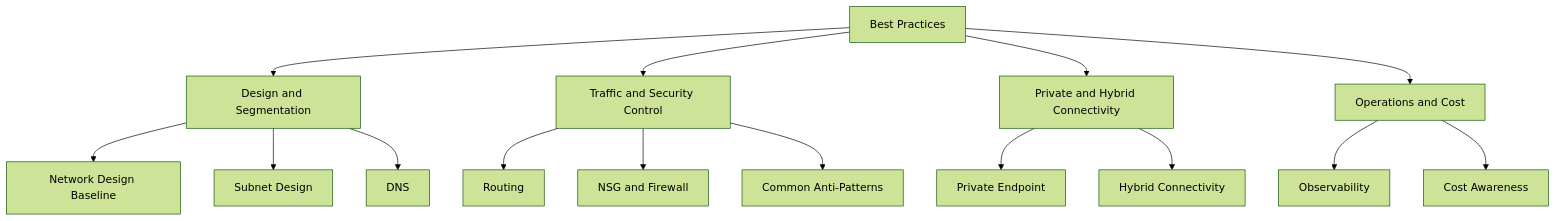
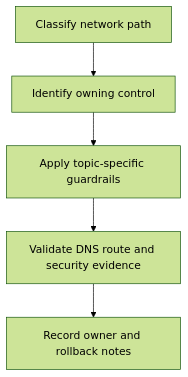
The diagram in docs/best-practices/index.md (yeongseon/azure-networking-practical-guide), drawn with Mermaid (forest theme) before and after one commit. The commit also changed other lines of this file and 80 other files, not shown here.

````diff
--- a/docs/best-practices/index.md
+++ b/docs/best-practices/index.md
@@ -27,17 +36,7 @@
 ```mermaid
 flowchart TD
-    A[Best Practices] --> B[Design and Segmentation]
-    A --> C[Traffic and Security Control]
-    A --> D[Private and Hybrid Connectivity]
-    A --> E[Operations and Cost]
-    B --> B1[Network Design Baseline]
-    B --> B2[Subnet Design]
-    B --> B3[DNS]
-    C --> C1[Routing]
-    C --> C2[NSG and Firewall]
-    C --> C3[Common Anti-Patterns]
-    D --> D1[Private Endpoint]
-    D --> D2[Hybrid Connectivity]
-    E --> E1[Observability]
-    E --> E2[Cost Awareness]
+    A[Classify network path] --> B[Identify owning control]
+    B --> C[Apply topic-specific guardrails]
+    C --> D[Validate DNS route and security evidence]
+    D --> E[Record owner and rollback notes]
 ```
````
